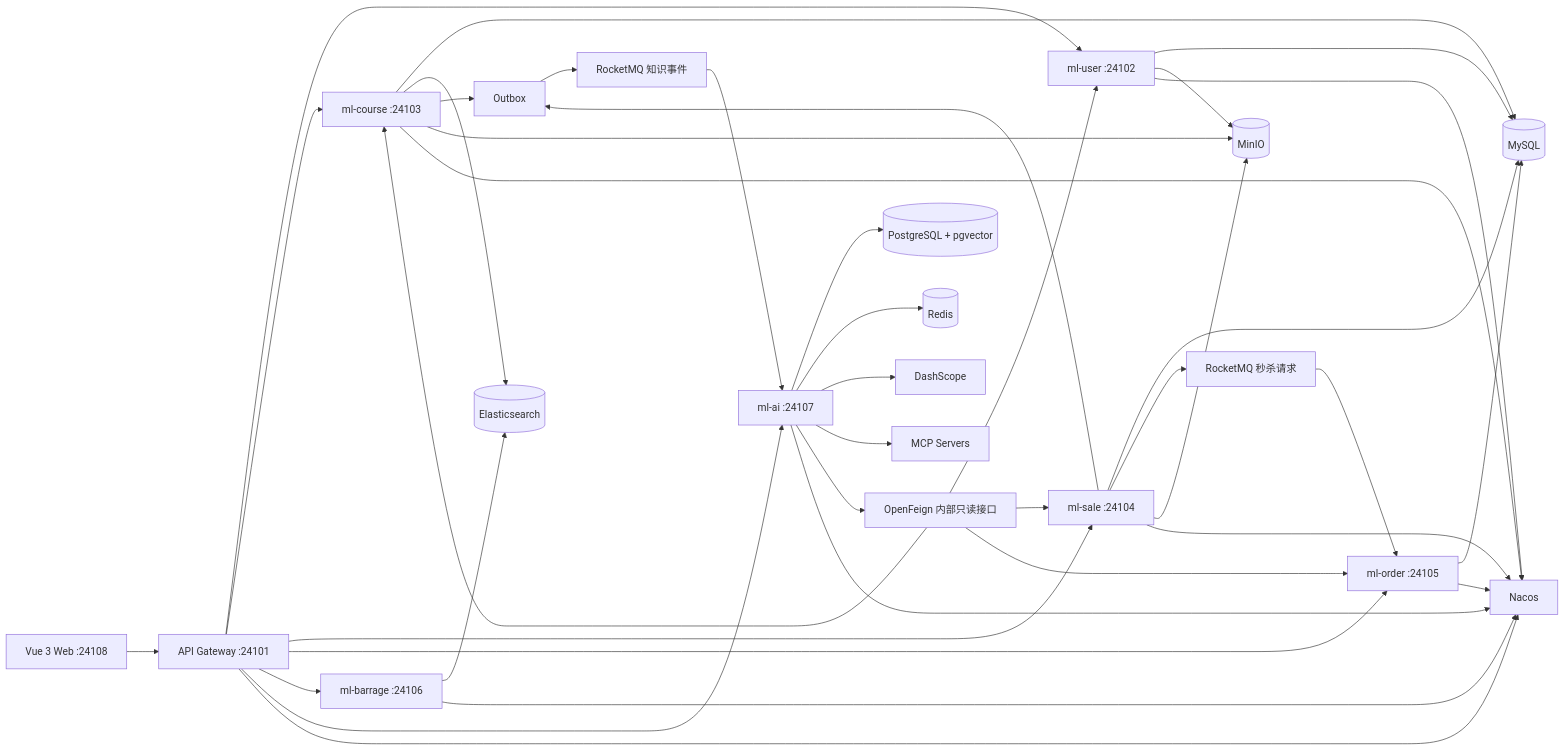
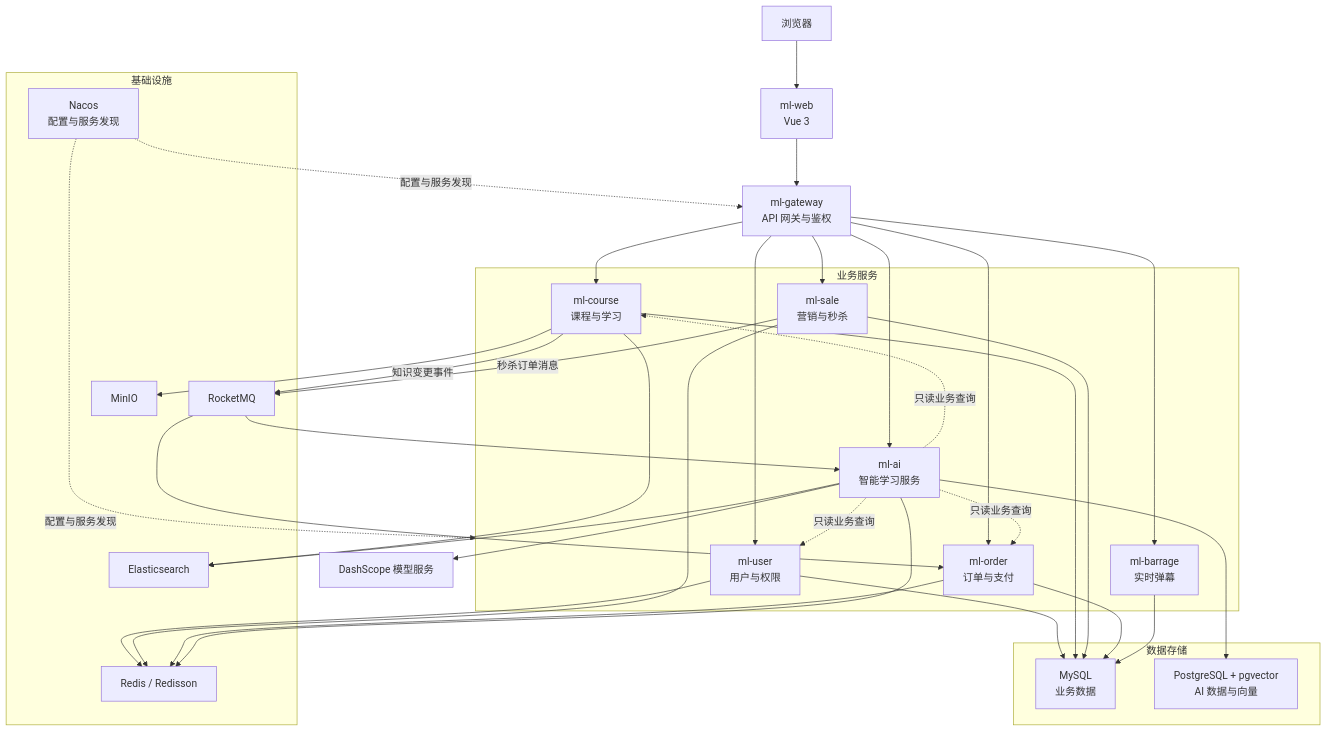
Before and after one commit to yangaobo0235/my-lesson: the diagram in README.md, drawn with Mermaid. The commit also changed other lines of this file and 132 other files, not shown here.

````diff
--- a/README.md
+++ b/README.md
@@ -66,33 +24,62 @@
 ```mermaid
-flowchart LR
-    Web["Vue 3 Web :24108"] --> Gateway["API Gateway :24101"]
+flowchart TB
+    Browser["浏览器"] --> Web["ml-web<br/>Vue 3"]
+    Web --> Gateway["ml-gateway<br/>API 网关与鉴权"]
 
-    Gateway --> User["ml-user :24102"]
-    Gateway --> Course["ml-course :24103"]
-    Gateway --> Sale["ml-sale :24104"]
-    Gateway --> Order["ml-order :24105"]
-    Gateway --> Barrage["ml-barrage :24106"]
-    Gateway --> AI["ml-ai :24107"]
+    subgraph Services["业务服务"]
+        User["ml-user<br/>用户与权限"]
+        Course["ml-course<br/>课程与学习"]
+        Sale["ml-sale<br/>营销与秒杀"]
+        Order["ml-order<br/>订单与支付"]
+        Barrage["ml-barrage<br/>实时弹幕"]
+        AI["ml-ai<br/>智能学习服务"]
+    end
 
-    User --> MySQL[("MySQL")]
+    Gateway --> User
+    Gateway --> Course
+    Gateway --> Sale
+    Gateway --> Order
+    Gateway --> Barrage
+    Gateway --> AI
+
+    AI -. 只读业务查询 .-> User
+    AI -. 只读业务查询 .-> Course
+    AI -. 只读业务查询 .-> Order
+
+    subgraph Middleware["基础设施"]
+        Nacos["Nacos<br/>配置与服务发现"]
+        Redis["Redis / Redisson"]
+        MQ["RocketMQ"]
+        ES["Elasticsearch"]
+        MinIO["MinIO"]
+    end
+
+    subgraph Storage["数据存储"]
+        MySQL["MySQL<br/>业务数据"]
+        PostgreSQL["PostgreSQL + pgvector<br/>AI 数据与向量"]
+    end
+
+    User --> MySQL
     Course --> MySQL
     Sale --> MySQL
     Order --> MySQL
-    Course --> ES[("Elasticsearch")]
-    Barrage --> ES
+    Barrage --> MySQL
+    AI --> PostgreSQL
 
-    AI --> PG[("PostgreSQL + pgvector")]
-    AI --> Redis[("Redis")]
-    AI --> DashScope["DashScope"]
-    AI --> MCP["MCP Servers"]
-    AI --> InternalAPI["OpenFeign 内部只读接口"]
-    InternalAPI --> User & Course & Sale & Order
+    User --> Redis
+    Sale --> Redis
+    Order --> Redis
+    AI --> Redis
+    Course --> ES
+    AI --> ES
+    Course --> MinIO
 
-    Course & Sale --> Outbox["Outbox"]
-    Outbox --> KnowledgeMQ["RocketMQ 知识事件"]
-    KnowledgeMQ --> AI
-    Sale --> SeckillMQ["RocketMQ 秒杀请求"]
-    SeckillMQ --> Order
-    User & Course & Sale --> MinIO[("MinIO")]
-    Gateway & User & Course & Sale & Order & Barrage & AI --> Nacos["Nacos"]
+    Course -->|知识变更事件| MQ
+    MQ --> AI
+    Sale -->|秒杀订单消息| MQ
+    MQ --> Order
+
+    Nacos -. 配置与服务发现 .-> Gateway
+    Nacos -. 配置与服务发现 .-> Services
+    AI --> DashScope["DashScope 模型服务"]
 ```
````
